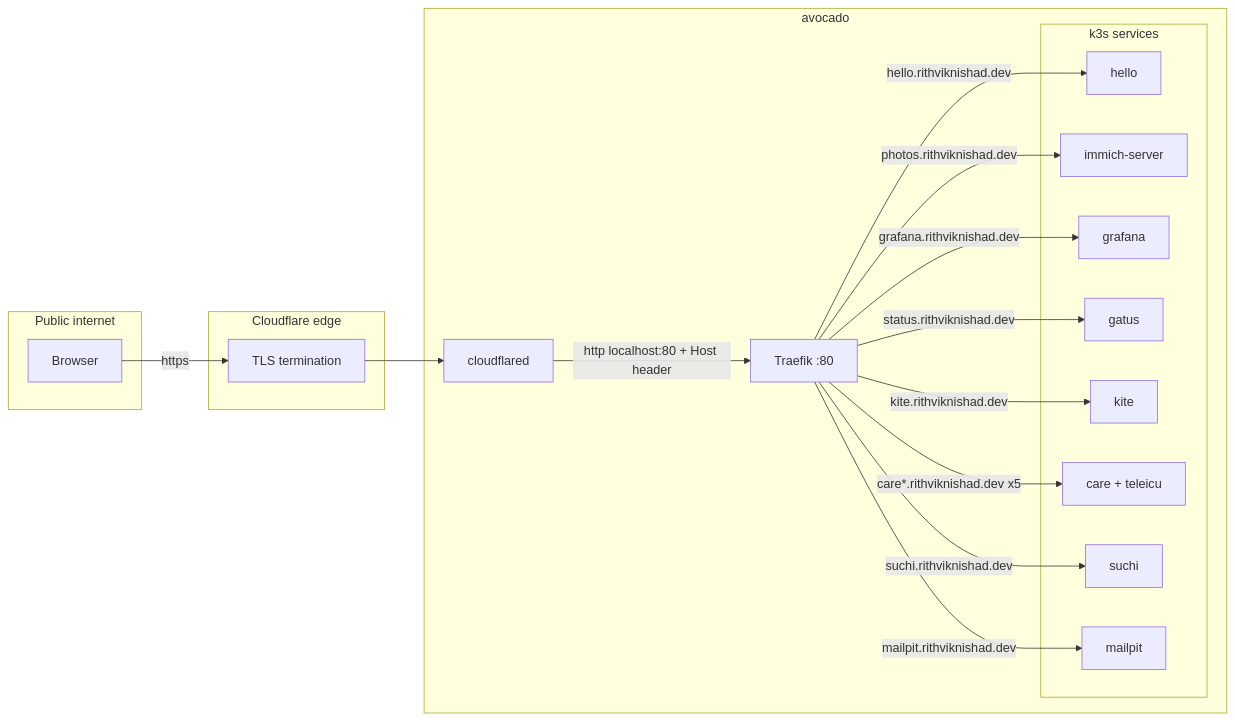
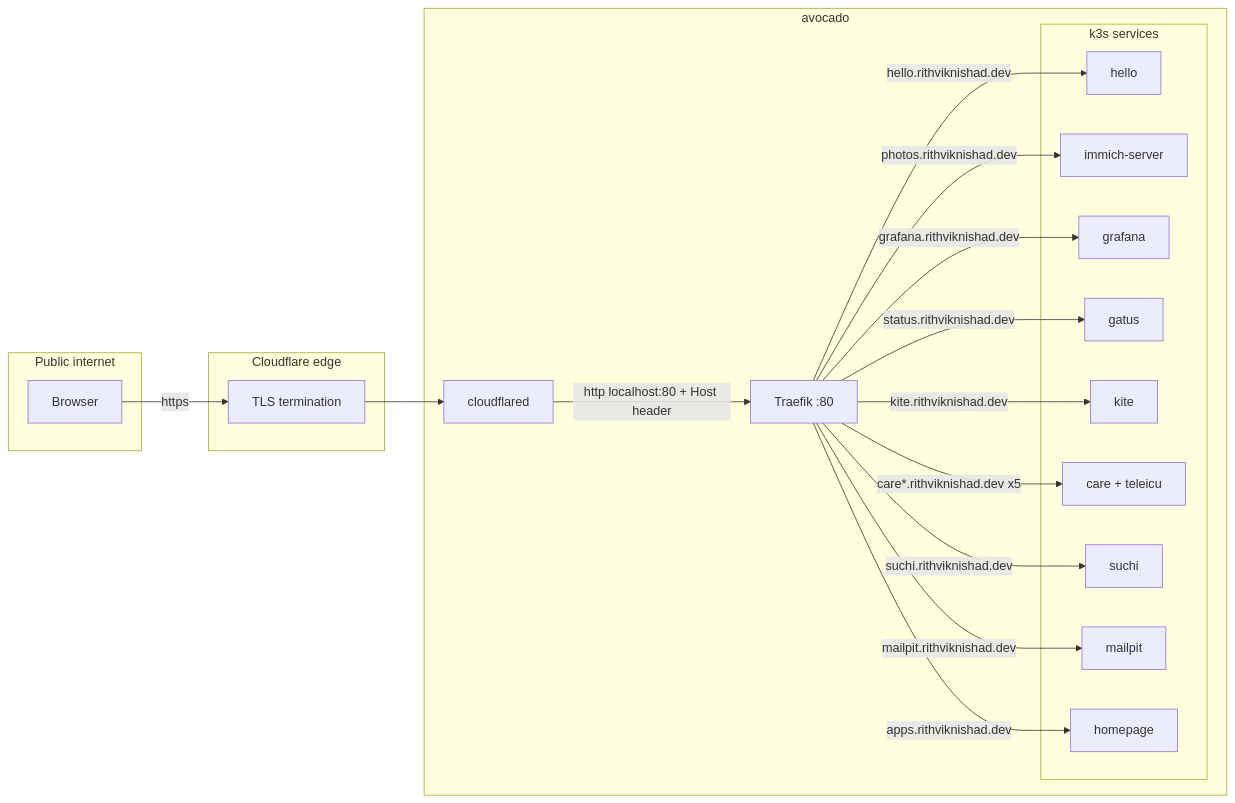
One commit to rithviknishad/systems.nix changed the diagram in docs/networking.md. Above: the diagram before and after it, drawn with Mermaid. The commit also changed other lines of this file and 24 other files, not shown here.

Commit message:
apps.rithviknishad.dev

````diff
--- a/docs/networking.md
+++ b/docs/networking.md
@@ -103,34 +103,36 @@
 ```mermaid
 flowchart LR
     subgraph internet[Public internet]
         user[Browser]
     end
     subgraph cf[Cloudflare edge]
         tls[TLS termination]
     end
     subgraph box[avocado]
         cd[cloudflared]
         traefik[Traefik :80]
         subgraph k8s[k3s services]
             hello[hello]
             immich[immich-server]
             grafana[grafana]
             gatus[gatus]
             kite[kite]
             care[care + teleicu]
             suchi[suchi]
             mailpit[mailpit]
+            apps[homepage]
         end
     end
 
     user -->|https| tls --> cd
     cd -->|http localhost:80 + Host header| traefik
     traefik -->|hello.rithviknishad.dev| hello
     traefik -->|photos.rithviknishad.dev| immich
     traefik -->|grafana.rithviknishad.dev| grafana
     traefik -->|status.rithviknishad.dev| gatus
     traefik -->|kite.rithviknishad.dev| kite
     traefik -->|care*.rithviknishad.dev x5| care
     traefik -->|suchi.rithviknishad.dev| suchi
     traefik -->|mailpit.rithviknishad.dev| mailpit
+    traefik -->|apps.rithviknishad.dev| apps
 ```
````
